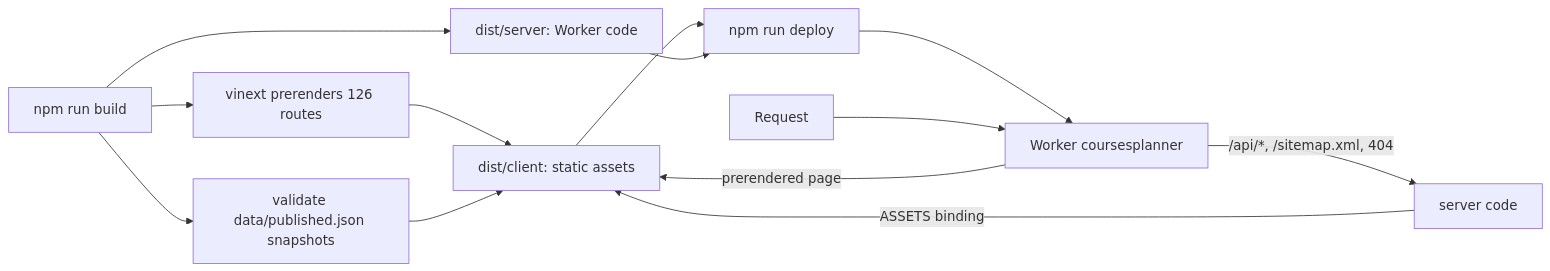
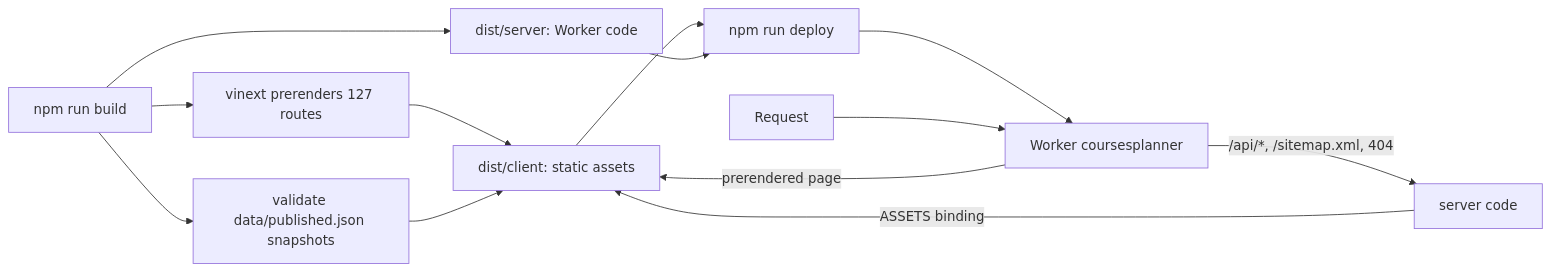
Before and after one commit to johnyuencm/CoursesPlanner: the first of 3 diagrams in docs/deploy.md, drawn with Mermaid. The commit also changed other lines of this file and 37 other files, not shown here.

````diff
--- a/docs/deploy.md
+++ b/docs/deploy.md
@@ -23,15 +23,15 @@
 ```mermaid
 flowchart LR
-  B[npm run build] --> P[vinext prerenders 126 routes]
+  B[npm run build] --> P[vinext prerenders 127 routes]
   P --> A[dist/client: static assets]
   B --> M[validate data/published.json snapshots]
   M --> A
   B --> W[dist/server: Worker code]
   A --> D[npm run deploy]
   W --> D
   D --> CF[Worker coursesplanner]
   R[Request] --> CF
   CF -->|prerendered page| A
   CF -->|/api/*, /sitemap.xml, 404| S[server code]
   S -->|ASSETS binding| A
 ```
````
